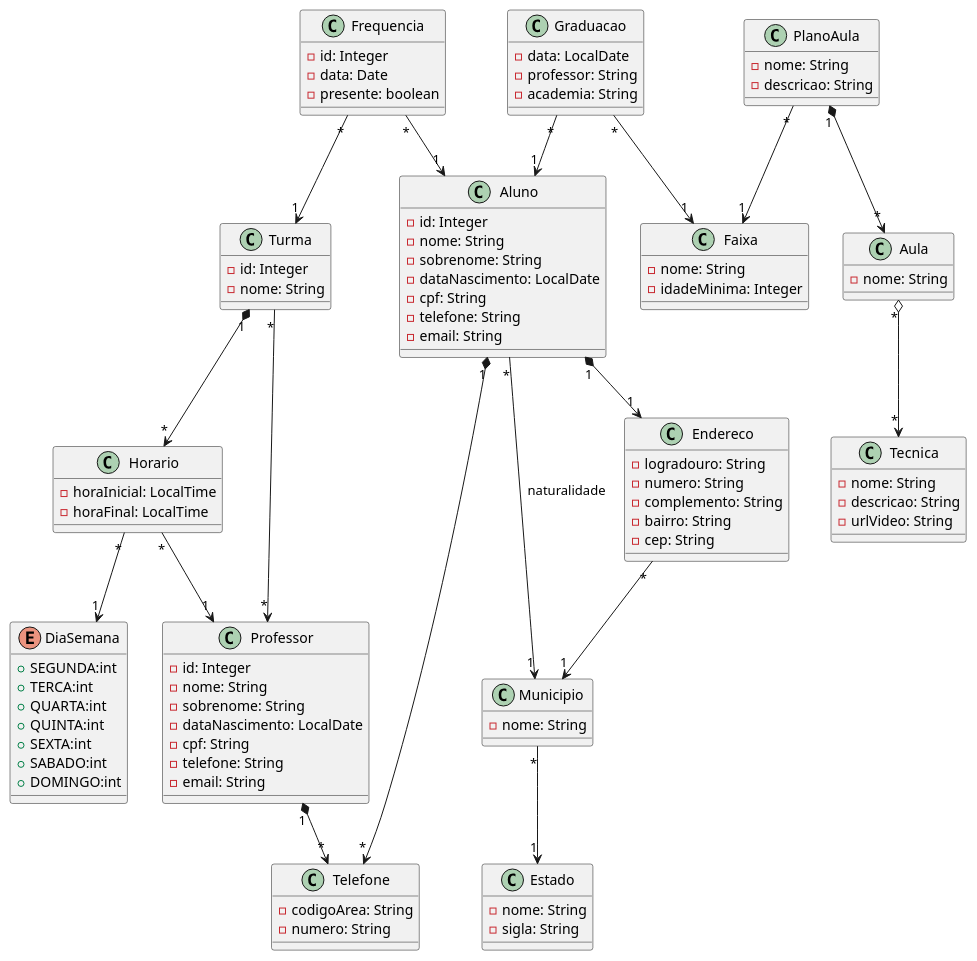
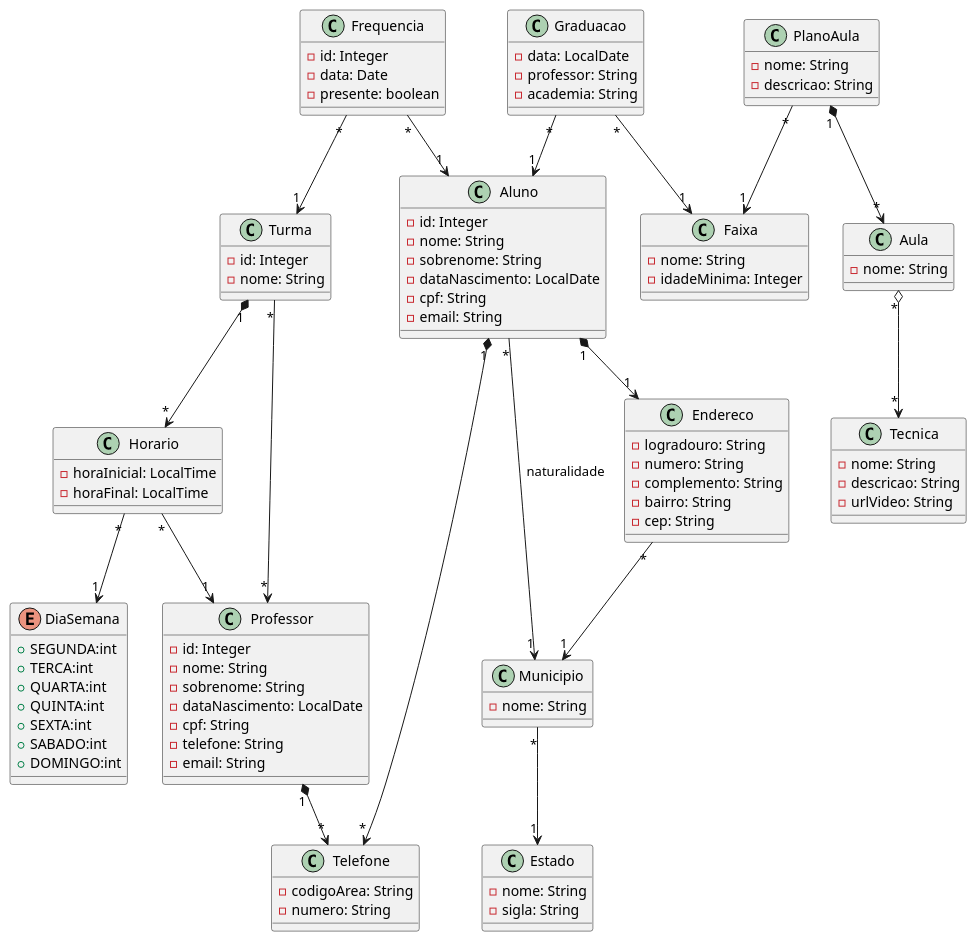
One commit to janiojunior/jiujitsu-quarkus-tp2 changed the diagram in src/main/resources/doc/jiujitsu2.plantuml. Above: the diagram before and after it, drawn with PlantUML. The commit also changed 16 other files, not shown here.

```diff
--- a/src/main/resources/doc/jiujitsu2.plantuml
+++ b/src/main/resources/doc/jiujitsu2.plantuml
@@ -1,129 +1,128 @@
 @startuml
 
 'classes
 class Aluno {
     - id: Integer
     - nome: String
     - sobrenome: String
     - dataNascimento: LocalDate
     - cpf: String
-    - telefone: String
     - email: String
 }
 
 class Professor {
     - id: Integer
     - nome: String
     - sobrenome: String
     - dataNascimento: LocalDate
     - cpf: String
     - telefone: String
     - email: String
 }
 
 class Turma {
     - id: Integer
     - nome: String
 }
 
 class Horario {
     - horaInicial: LocalTime
     - horaFinal: LocalTime
 }
 
 enum DiaSemana {
     + SEGUNDA:int
     + TERCA:int
     + QUARTA:int
     + QUINTA:int
     + SEXTA:int
     + SABADO:int
     + DOMINGO:int
 }
 
 class Frequencia {
     - id: Integer
     - data: Date
     - presente: boolean
 }
 
 class Telefone {
     - codigoArea: String
     - numero: String
 }
 
 class Endereco {
     - logradouro: String
     - numero: String
     - complemento: String
     - bairro: String
     - cep: String
 }
 
 class Estado {
     - nome: String
     - sigla: String
 }
 
 class Municipio {
     - nome: String
 }
 
 class Faixa {
     - nome: String
     - idadeMinima: Integer
 }
 
 class Graduacao {
     - data: LocalDate
     - professor: String
     - academia: String
 }
 
 class PlanoAula {
     - nome: String
     - descricao: String
 
 }
 
 class Tecnica {
     - nome: String
     - descricao: String
     - urlVideo: String
 }
 
 class Aula {
     - nome: String
 }
 
 'relacionamentos
 Turma "1" *--> "*"  Horario 
 Turma "*" --> "*" Professor
 
 Frequencia "*" --> "1" Aluno
 Frequencia "*" --> "1" Turma
 
 Municipio "*" --> "1" Estado
 
 Endereco "*" --> "1" Municipio
 
 Aluno "1" *--> "*" Telefone
 Aluno "*" --> "1" Municipio: naturalidade
 Aluno "1" *--> "1" Endereco
 
 Professor "1" *--> "*" Telefone
 
 Horario "*" --> "1" DiaSemana
 Horario "*" --> "1" Professor
 
 Graduacao "*" --> "1" Faixa
 Graduacao "*" --> "1" Aluno
 
 PlanoAula "*" --> "1" Faixa
 PlanoAula "1" *--> "*" Aula
 
 Aula "*" o--> "*" Tecnica
 
 
 
 @enduml
```
